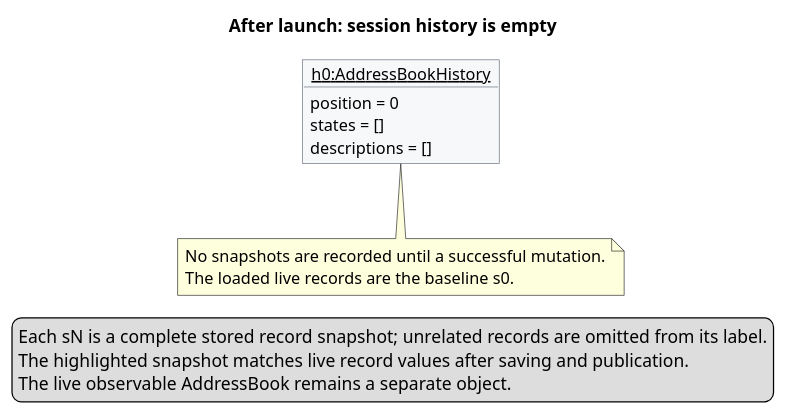
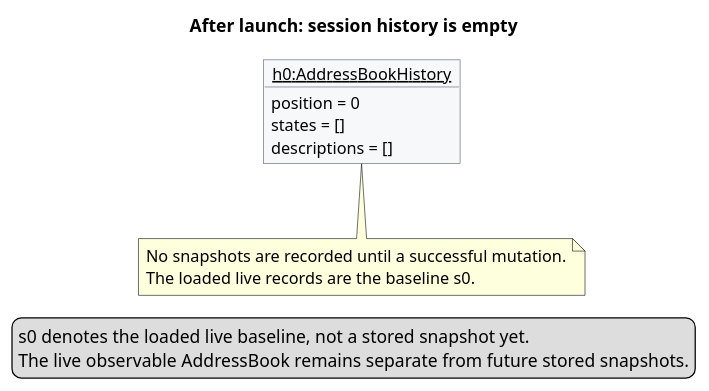
The diagram in docs/diagrams/UndoRedoState0.puml (AY2627S1-CS2103T-F15-2/tp), drawn with PlantUML before and after one commit. The commit also changed 5 other files, not shown here.

```diff
--- a/docs/diagrams/UndoRedoState0.puml
+++ b/docs/diagrams/UndoRedoState0.puml
@@ -1,29 +1,28 @@
 @startuml
 skinparam shadowing false
 skinparam defaultFontName Arial
 skinparam defaultFontSize 13
 skinparam objectAttributeIconSize 0
 skinparam objectBackgroundColor #F6F8FA
 skinparam objectBorderColor #59636E
 skinparam ArrowColor #59636E
 hide empty members
 
 title After launch: session history is empty
 
 object "<u>h0:AddressBookHistory</u>" as history {
   position = 0
   states = []
   descriptions = []
 }
 
 note bottom of history
   No snapshots are recorded until a successful mutation.
   The loaded live records are the baseline s0.
 end note
 
 legend bottom
-  Each sN is a complete stored record snapshot; unrelated records are omitted from its label.
-  The highlighted snapshot matches live record values after saving and publication.
-  The live observable AddressBook remains a separate object.
+  s0 denotes the loaded live baseline, not a stored snapshot yet.
+  The live observable AddressBook remains separate from future stored snapshots.
 endlegend
 @enduml
```
